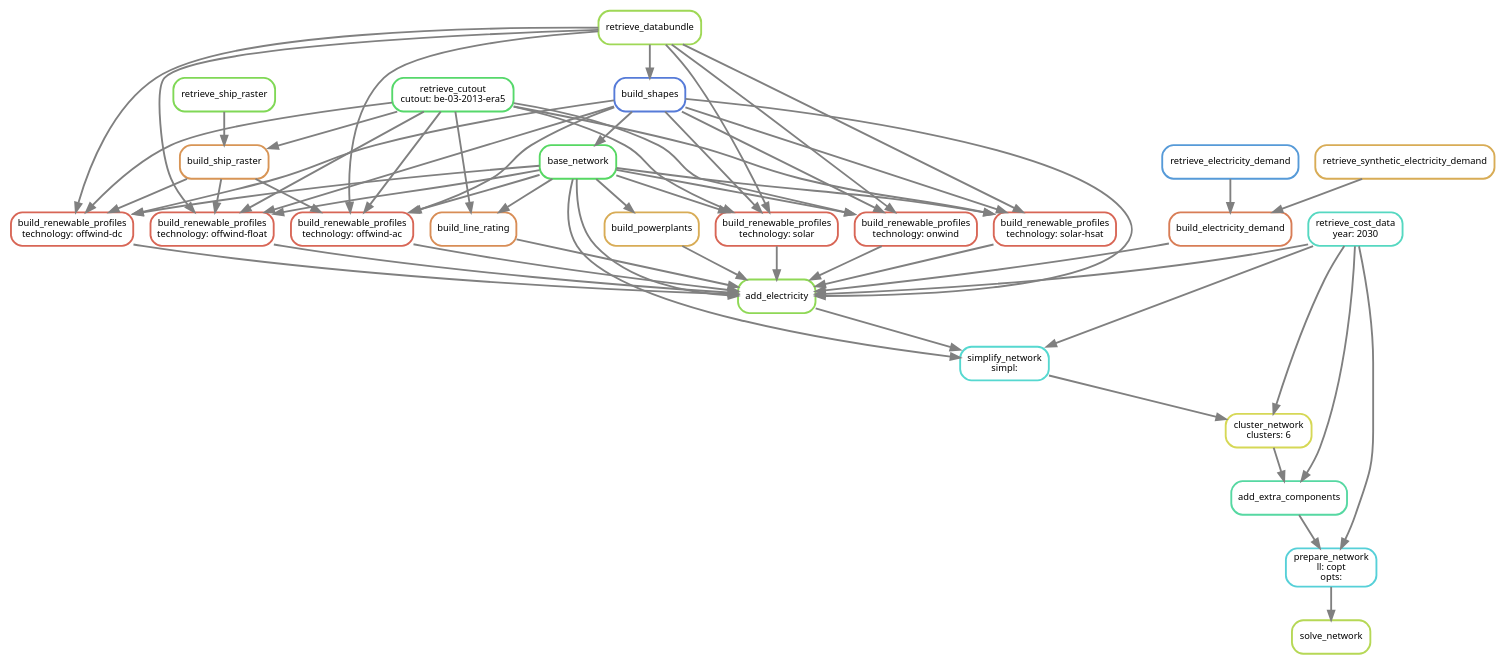
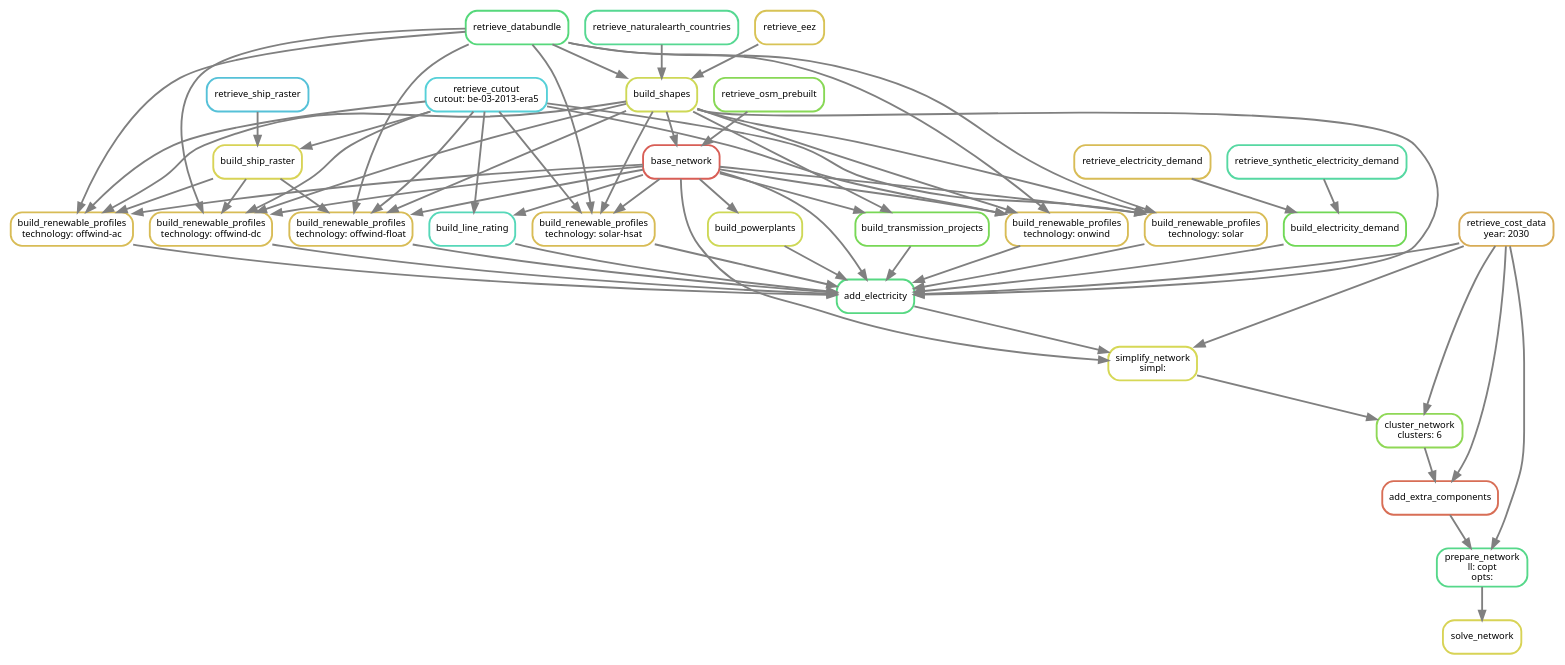
One commit to AGGM-AG/pypsa-at changed the diagram in doc/tutorial.rst. Above: the diagram before and after it, drawn with Graphviz. The commit also changed other lines of this file and 11 other files, not shown here.

```diff
--- a/doc/tutorial.rst
+++ b/doc/tutorial.rst
@@ -132,86 +132,96 @@
         graph[bgcolor=white, margin=0];
         node[shape=box, style=rounded, fontname=sans,                 fontsize=10, penwidth=2];
         edge[penwidth=2, color=grey];
-            0[label = "solve_network", color = "0.21 0.6 0.85", style="rounded"];
-            1[label = "prepare_network\nll: copt\nopts: ", color = "0.51 0.6 0.85", style="rounded"];
-            2[label = "add_extra_components", color = "0.43 0.6 0.85", style="rounded"];
-            3[label = "cluster_network\nclusters: 6", color = "0.17 0.6 0.85", style="rounded"];
-            4[label = "simplify_network\nsimpl: ", color = "0.49 0.6 0.85", style="rounded"];
-            5[label = "add_electricity", color = "0.26 0.6 0.85", style="rounded"];
-            6[label = "build_renewable_profiles\ntechnology: solar", color = "0.02 0.6 0.85", style="rounded"];
-            7[label = "base_network", color = "0.35 0.6 0.85", style="rounded"];
-            8[label = "build_shapes", color = "0.62 0.6 0.85", style="rounded"];
-            9[label = "retrieve_databundle", color = "0.24 0.6 0.85", style="rounded"];
-            10[label = "retrieve_cutout\ncutout: be-03-2013-era5", color = "0.36 0.6 0.85", style="rounded"];
-            11[label = "build_renewable_profiles\ntechnology: solar-hsat", color = "0.02 0.6 0.85", style="rounded"];
-            12[label = "build_renewable_profiles\ntechnology: onwind", color = "0.02 0.6 0.85", style="rounded"];
-            13[label = "build_renewable_profiles\ntechnology: offwind-ac", color = "0.02 0.6 0.85", style="rounded"];
-            14[label = "build_ship_raster", color = "0.08 0.6 0.85", style="rounded"];
-            15[label = "retrieve_ship_raster", color = "0.28 0.6 0.85", style="rounded"];
-            16[label = "build_renewable_profiles\ntechnology: offwind-dc", color = "0.02 0.6 0.85", style="rounded"];
-            17[label = "build_renewable_profiles\ntechnology: offwind-float", color = "0.02 0.6 0.85", style="rounded"];
-            18[label = "build_line_rating", color = "0.07 0.6 0.85", style="rounded"];
-            19[label = "retrieve_cost_data\nyear: 2030", color = "0.47 0.6 0.85", style="rounded"];
-            20[label = "build_powerplants", color = "0.11 0.6 0.85", style="rounded"];
-            21[label = "build_electricity_demand", color = "0.05 0.6 0.85", style="rounded"];
-            22[label = "retrieve_electricity_demand", color = "0.58 0.6 0.85", style="rounded"];
-            23[label = "retrieve_synthetic_electricity_demand", color = "0.11 0.6 0.85", style="rounded"];
+            0[label = "solve_network", color = "0.16 0.6 0.85", style="rounded"];
+            1[label = "prepare_network\nll: copt\nopts: ", color = "0.40 0.6 0.85", style="rounded"];
+            2[label = "add_extra_components", color = "0.03 0.6 0.85", style="rounded"];
+            3[label = "cluster_network\nclusters: 6", color = "0.26 0.6 0.85", style="rounded"];
+            4[label = "simplify_network\nsimpl: ", color = "0.17 0.6 0.85", style="rounded"];
+            5[label = "add_electricity", color = "0.39 0.6 0.85", style="rounded"];
+            6[label = "build_renewable_profiles\ntechnology: solar", color = "0.13 0.6 0.85", style="rounded"];
+            7[label = "base_network", color = "0.01 0.6 0.85", style="rounded"];
+            8[label = "retrieve_osm_prebuilt", color = "0.27 0.6 0.85", style="rounded"];
+            9[label = "build_shapes", color = "0.18 0.6 0.85", style="rounded"];
+            10[label = "retrieve_naturalearth_countries", color = "0.41 0.6 0.85", style="rounded"];
+            11[label = "retrieve_eez", color = "0.14 0.6 0.85", style="rounded"];
+            12[label = "retrieve_databundle", color = "0.38 0.6 0.85", style="rounded"];
+            13[label = "retrieve_cutout\ncutout: be-03-2013-era5", color = "0.51 0.6 0.85", style="rounded"];
+            14[label = "build_renewable_profiles\ntechnology: solar-hsat", color = "0.13 0.6 0.85", style="rounded"];
+            15[label = "build_renewable_profiles\ntechnology: onwind", color = "0.13 0.6 0.85", style="rounded"];
+            16[label = "build_renewable_profiles\ntechnology: offwind-ac", color = "0.13 0.6 0.85", style="rounded"];
+            17[label = "build_ship_raster", color = "0.16 0.6 0.85", style="rounded"];
+            18[label = "retrieve_ship_raster", color = "0.53 0.6 0.85", style="rounded"];
+            19[label = "build_renewable_profiles\ntechnology: offwind-dc", color = "0.13 0.6 0.85", style="rounded"];
+            20[label = "build_renewable_profiles\ntechnology: offwind-float", color = "0.13 0.6 0.85", style="rounded"];
+            21[label = "build_line_rating", color = "0.46 0.6 0.85", style="rounded"];
+            22[label = "build_transmission_projects", color = "0.29 0.6 0.85", style="rounded"];
+            23[label = "retrieve_cost_data\nyear: 2030", color = "0.11 0.6 0.85", style="rounded"];
+            24[label = "build_powerplants", color = "0.18 0.6 0.85", style="rounded"];
+            25[label = "build_electricity_demand", color = "0.30 0.6 0.85", style="rounded"];
+            26[label = "retrieve_electricity_demand", color = "0.13 0.6 0.85", style="rounded"];
+            27[label = "retrieve_synthetic_electricity_demand", color = "0.43 0.6 0.85", style="rounded"];
             1 -> 0
             2 -> 1
-            19 -> 1
+            23 -> 1
             3 -> 2
-            19 -> 2
+            23 -> 2
             4 -> 3
-            19 -> 3
+            23 -> 3
             5 -> 4
-            19 -> 4
+            23 -> 4
             7 -> 4
             6 -> 5
-            11 -> 5
-            12 -> 5
-            13 -> 5
+            14 -> 5
+            15 -> 5
             16 -> 5
-            17 -> 5
-            7 -> 5
-            18 -> 5
             19 -> 5
             20 -> 5
+            7 -> 5
             21 -> 5
-            8 -> 5
+            22 -> 5
+            23 -> 5
+            24 -> 5
+            25 -> 5
+            9 -> 5
             7 -> 6
+            12 -> 6
             9 -> 6
-            8 -> 6
-            10 -> 6
+            13 -> 6
             8 -> 7
-            9 -> 8
-            7 -> 11
-            9 -> 11
-            8 -> 11
-            10 -> 11
-            7 -> 12
-            9 -> 12
-            8 -> 12
-            10 -> 12
-            7 -> 13
-            9 -> 13
-            14 -> 13
-            8 -> 13
-            10 -> 13
-            15 -> 14
-            10 -> 14
+            9 -> 7
+            10 -> 9
+            11 -> 9
+            12 -> 9
+            7 -> 14
+            12 -> 14
+            9 -> 14
+            13 -> 14
+            7 -> 15
+            12 -> 15
+            9 -> 15
+            13 -> 15
             7 -> 16
+            12 -> 16
+            17 -> 16
             9 -> 16
-            14 -> 16
-            8 -> 16
-            10 -> 16
-            7 -> 17
-            9 -> 17
-            14 -> 17
-            8 -> 17
-            10 -> 17
-            7 -> 18
-            10 -> 18
+            13 -> 16
+            18 -> 17
+            13 -> 17
+            7 -> 19
+            12 -> 19
+            17 -> 19
+            9 -> 19
+            13 -> 19
             7 -> 20
-            22 -> 21
-            23 -> 21
-    }
+            12 -> 20
+            17 -> 20
+            9 -> 20
+            13 -> 20
+            7 -> 21
+            13 -> 21
+            7 -> 22
+            9 -> 22
+            7 -> 24
+            26 -> 25
+            27 -> 25
+    }  
```
